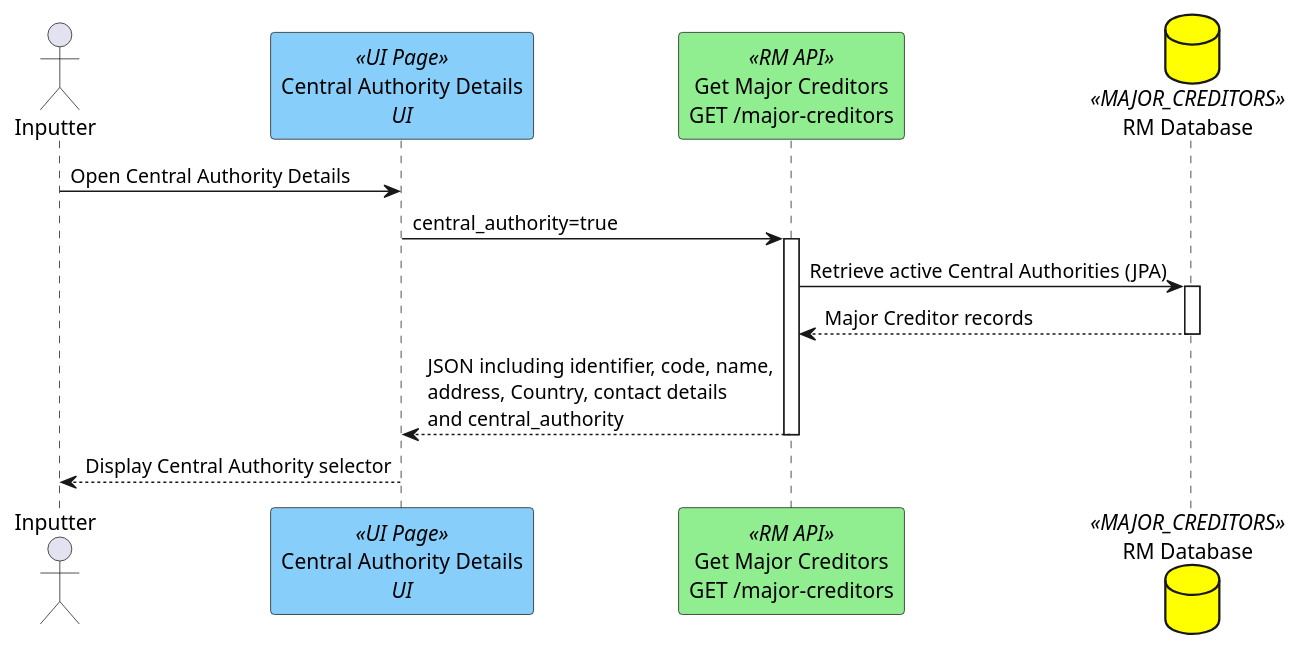
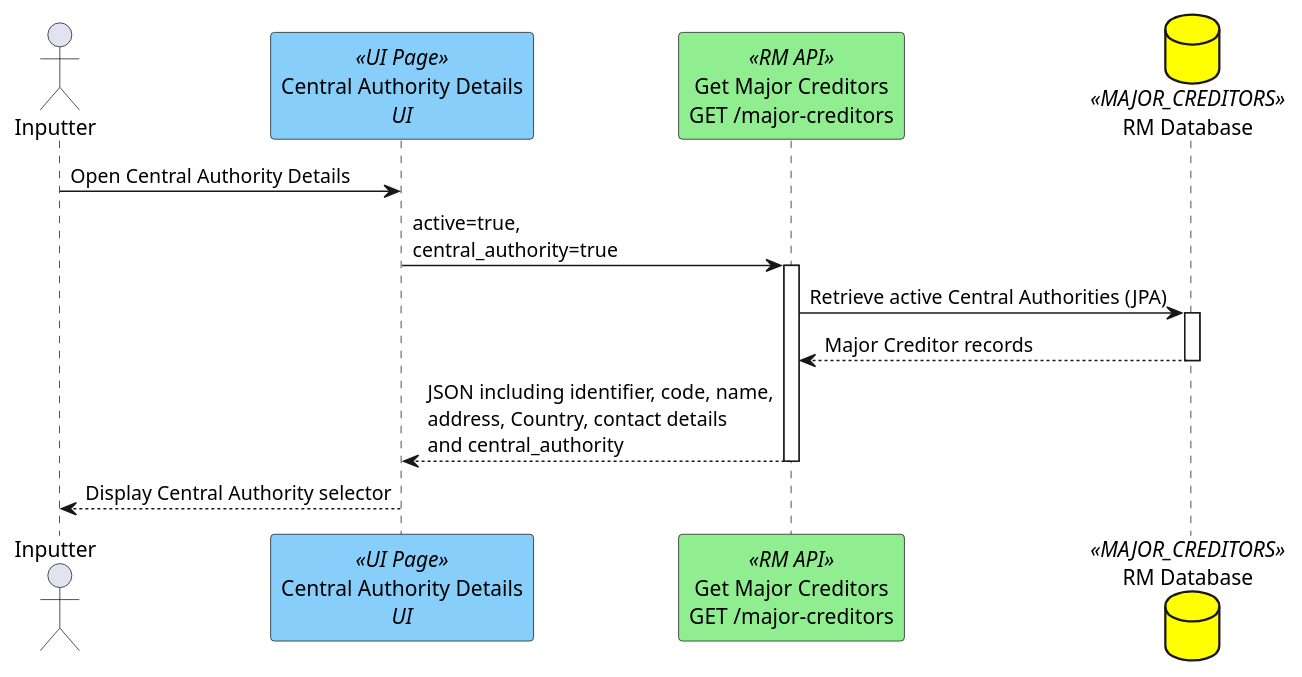
The diagram in plantUML/rm-create-case-file/get-central-authorities.puml (hmcts/opal-docs), drawn with PlantUML before and after one commit. The commit also changed 5 other files, not shown here.

Commit message:
Add RM Create Draft Casefile E2E updated diagrams

```diff
--- a/plantUML/rm-create-case-file/get-central-authorities.puml
+++ b/plantUML/rm-create-case-file/get-central-authorities.puml
@@ -1,13 +1,13 @@
 @startuml
 actor "Inputter" as user
 participant "Central Authority Details\n<i>UI</i>" as page <<UI Page>> #lightskyblue
 participant "Get Major Creditors\nGET /major-creditors" as api <<RM API>> #lightgreen
 database "RM Database" as db <<MAJOR_CREDITORS>> #Yellow
 
 user -> page : Open Central Authority Details
-page -> api ++ : central_authority=true
+page -> api ++ : active=true,\ncentral_authority=true
 api -> db ++ : Retrieve active Central Authorities (JPA)
 db --> api -- : Major Creditor records
 api --> page -- : JSON including identifier, code, name,\naddress, Country, contact details\nand central_authority
 page --> user : Display Central Authority selector
 @enduml
```
